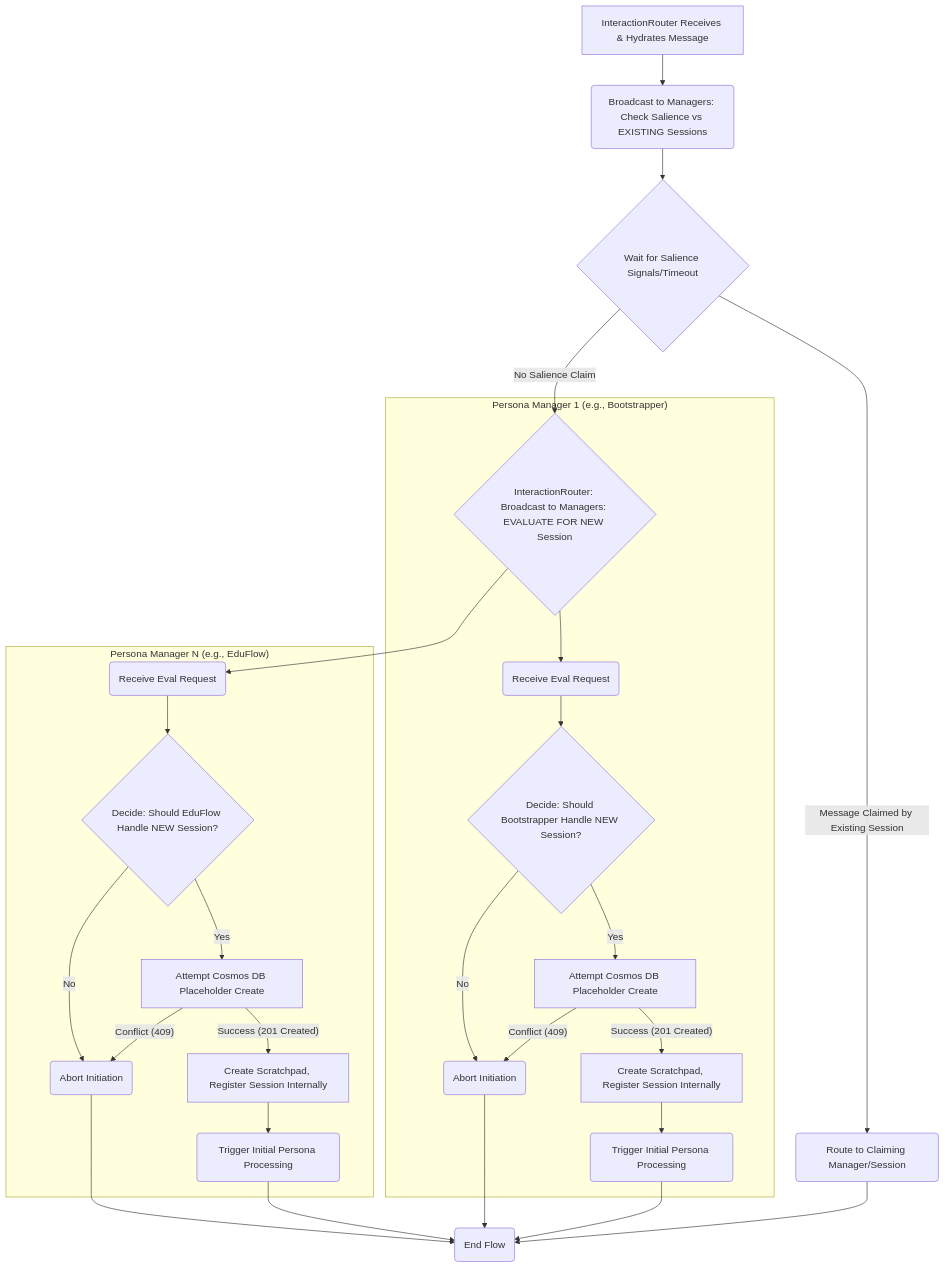
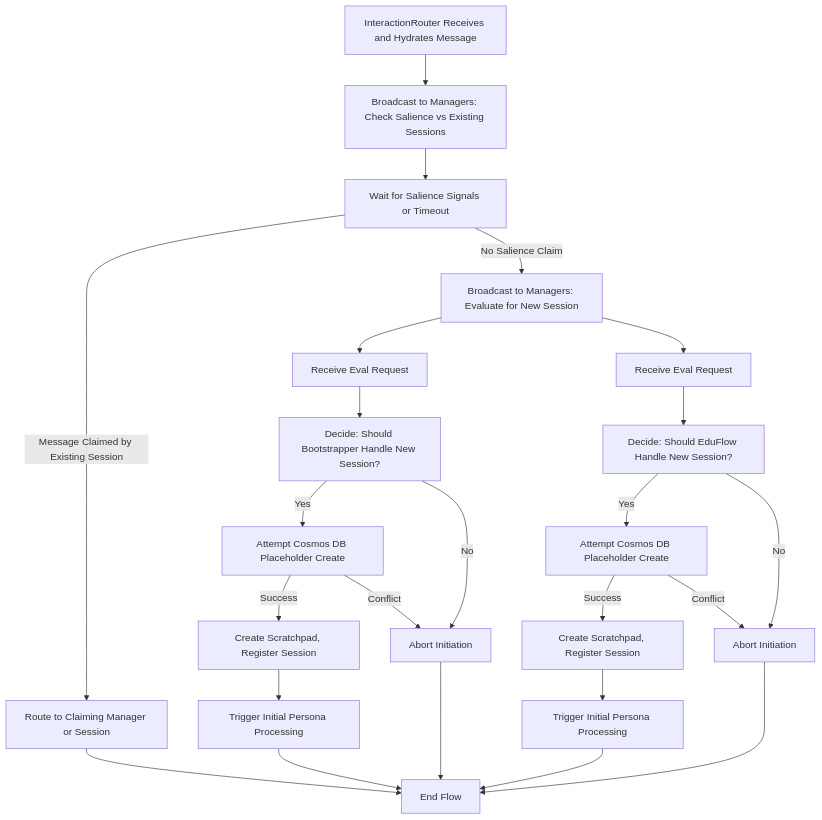
The diagram in Docs/Architecture/Processing/Orchestration/ARCHITECTURE_ORCHESTRATION_SESSION_INITIATION.md (jfjordanfarr/Nucleus), drawn with Mermaid before and after one commit. The commit also changed 12 other files, not shown here.

Commit message:
Better mermaid parsing on existing docs

````diff
--- a/Docs/Architecture/Processing/Orchestration/ARCHITECTURE_ORCHESTRATION_SESSION_INITIATION.md
+++ b/Docs/Architecture/Processing/Orchestration/ARCHITECTURE_ORCHESTRATION_SESSION_INITIATION.md
@@ -46,34 +46,26 @@
 ```mermaid
 graph TD
-    A[InteractionRouter Receives & Hydrates Message] --> B(Broadcast to Managers: Check Salience vs EXISTING Sessions);
-    B --> C{Wait for Salience Signals/Timeout};
-    C -- Message Claimed by Existing Session --> D(Route to Claiming Manager/Session);
-    C -- No Salience Claim --> E{InteractionRouter: Broadcast to Managers: EVALUATE FOR NEW Session};
-
-    subgraph "Persona Manager 1 (e.g., Bootstrapper)"
-        E --> PM1_Eval(Receive Eval Request);
-        PM1_Eval --> PM1_Decide{Decide: Should Bootstrapper Handle NEW Session?};
-        PM1_Decide -- Yes --> PM1_Cosmos[Attempt Cosmos DB Placeholder Create];
-        PM1_Decide -- No --> PM1_Abort(Abort Initiation);
-        PM1_Cosmos -- Success (201 Created) --> PM1_Create[Create Scratchpad, Register Session Internally];
-        PM1_Create --> PM1_Trig(Trigger Initial Persona Processing);
-        PM1_Cosmos -- Conflict (409) --> PM1_Abort;
-    end
-
-    subgraph "Persona Manager N (e.g., EduFlow)"
-        E --> PMN_Eval(Receive Eval Request);
-        PMN_Eval --> PMN_Decide{Decide: Should EduFlow Handle NEW Session?};
-        PMN_Decide -- Yes --> PMN_Cosmos[Attempt Cosmos DB Placeholder Create];
-        PMN_Decide -- No --> PMN_Abort(Abort Initiation);
-        PMN_Cosmos -- Success (201 Created) --> PMN_Create[Create Scratchpad, Register Session Internally];
-        PMN_Create --> PMN_Trig(Trigger Initial Persona Processing);
-        PMN_Cosmos -- Conflict (409) --> PMN_Abort;
-    end
-
-    D --> Z(End Flow);
-    PM1_Trig --> Z;
-    PMN_Trig --> Z;
-    PM1_Abort --> Z;
-    PMN_Abort --> Z;
-
+    A[InteractionRouter Receives and Hydrates Message] --> B[Broadcast to Managers: Check Salience vs Existing Sessions]
+    B --> C[Wait for Salience Signals or Timeout]
+    C -- Message Claimed by Existing Session --> D[Route to Claiming Manager or Session]
+    C -- No Salience Claim --> E[Broadcast to Managers: Evaluate for New Session]
+    E --> PM1_Eval[Receive Eval Request]
+    PM1_Eval --> PM1_Decide[Decide: Should Bootstrapper Handle New Session?]
+    PM1_Decide -- Yes --> PM1_Cosmos[Attempt Cosmos DB Placeholder Create]
+    PM1_Decide -- No --> PM1_Abort[Abort Initiation]
+    PM1_Cosmos -- Success --> PM1_Create[Create Scratchpad, Register Session]
+    PM1_Create --> PM1_Trig[Trigger Initial Persona Processing]
+    PM1_Cosmos -- Conflict --> PM1_Abort
+    E --> PMN_Eval[Receive Eval Request]
+    PMN_Eval --> PMN_Decide[Decide: Should EduFlow Handle New Session?]
+    PMN_Decide -- Yes --> PMN_Cosmos[Attempt Cosmos DB Placeholder Create]
+    PMN_Decide -- No --> PMN_Abort[Abort Initiation]
+    PMN_Cosmos -- Success --> PMN_Create[Create Scratchpad, Register Session]
+    PMN_Create --> PMN_Trig[Trigger Initial Persona Processing]
+    PMN_Cosmos -- Conflict --> PMN_Abort
+    D --> Z[End Flow]
+    PM1_Trig --> Z
+    PMN_Trig --> Z
+    PM1_Abort --> Z
+    PMN_Abort --> Z
 ```
````
